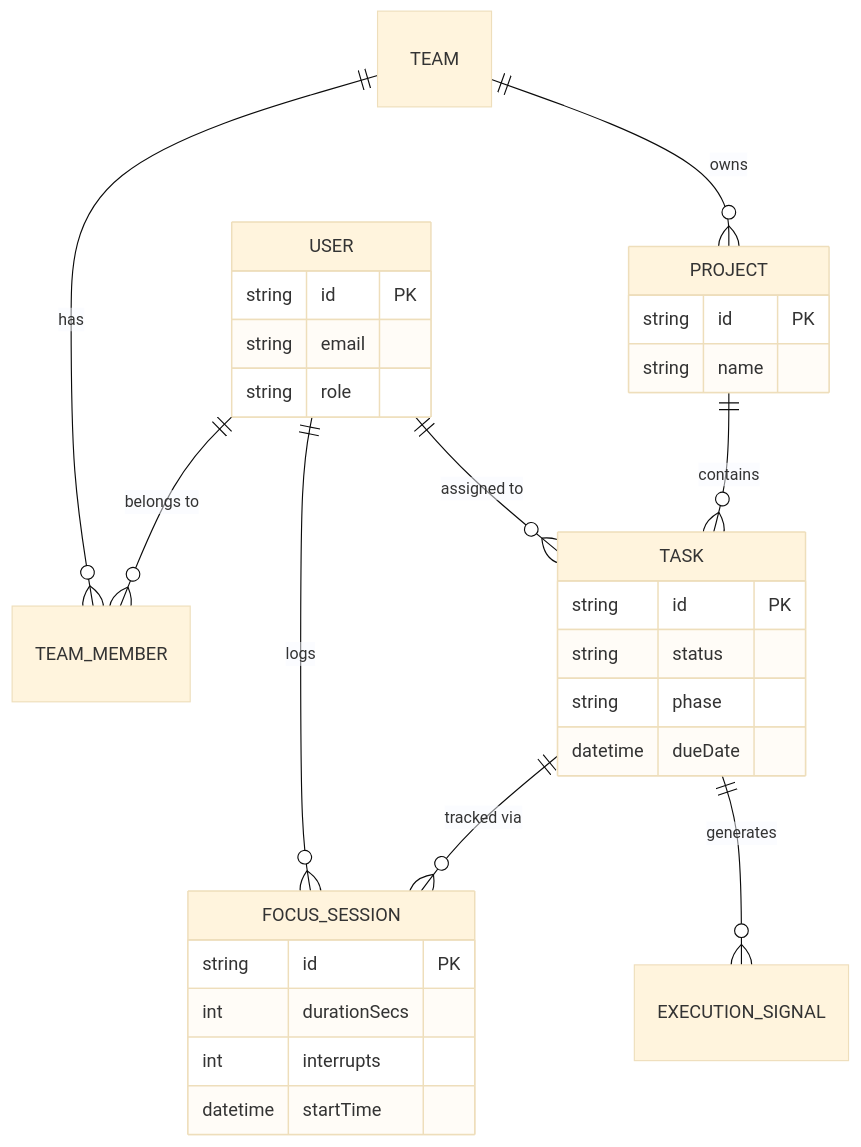
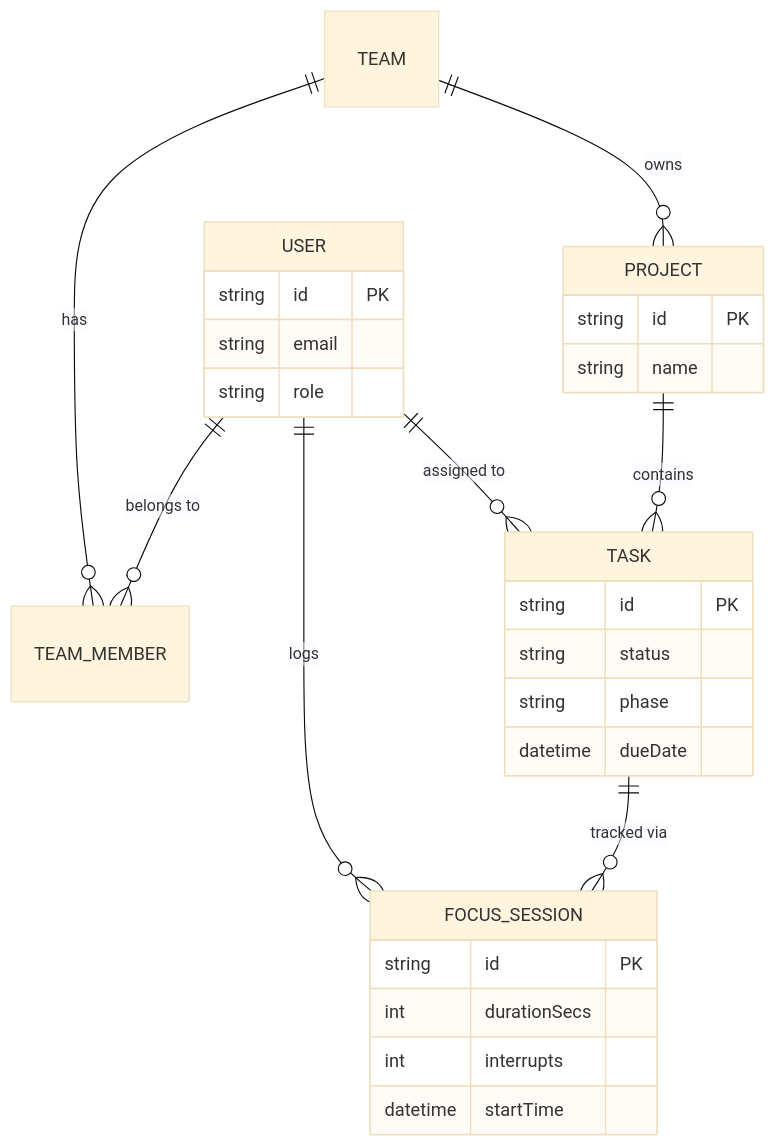
The second of 3 diagrams in Project_Documentation.md (Atharva-Mendhulkar/floework), drawn with Mermaid (base theme) before and after one commit. The commit also changed other lines of this file and 2 other files, not shown here.

Commit message:
Fix: Prevent task creation with past due dates

````diff
--- a/Project_Documentation.md
+++ b/Project_Documentation.md
@@ -134,33 +126,32 @@
 ```mermaid
 erDiagram
     USER ||--o{ TEAM_MEMBER : "belongs to"
     TEAM ||--o{ TEAM_MEMBER : "has"
     TEAM ||--o{ PROJECT : "owns"
     PROJECT ||--o{ TASK : "contains"
     USER ||--o{ TASK : "assigned to"
     TASK ||--o{ FOCUS_SESSION : "tracked via"
     USER ||--o{ FOCUS_SESSION : "logs"
-    TASK ||--o{ EXECUTION_SIGNAL : "generates"
     
     USER {
         string id PK
         string email
         string role
     }
     PROJECT {
         string id PK
         string name
     }
     TASK {
         string id PK
         string status
         string phase
         datetime dueDate
     }
     FOCUS_SESSION {
         string id PK
         int durationSecs
         int interrupts
         datetime startTime
     }
 ```
````
